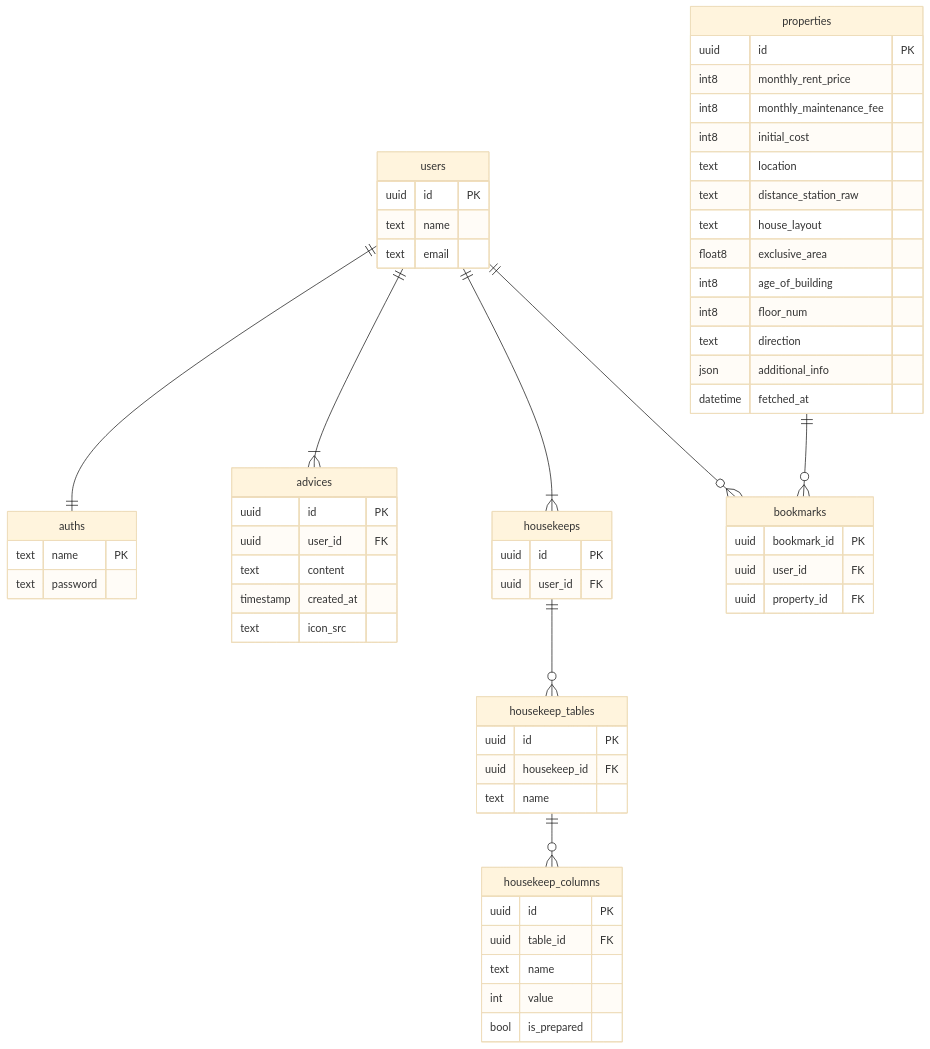
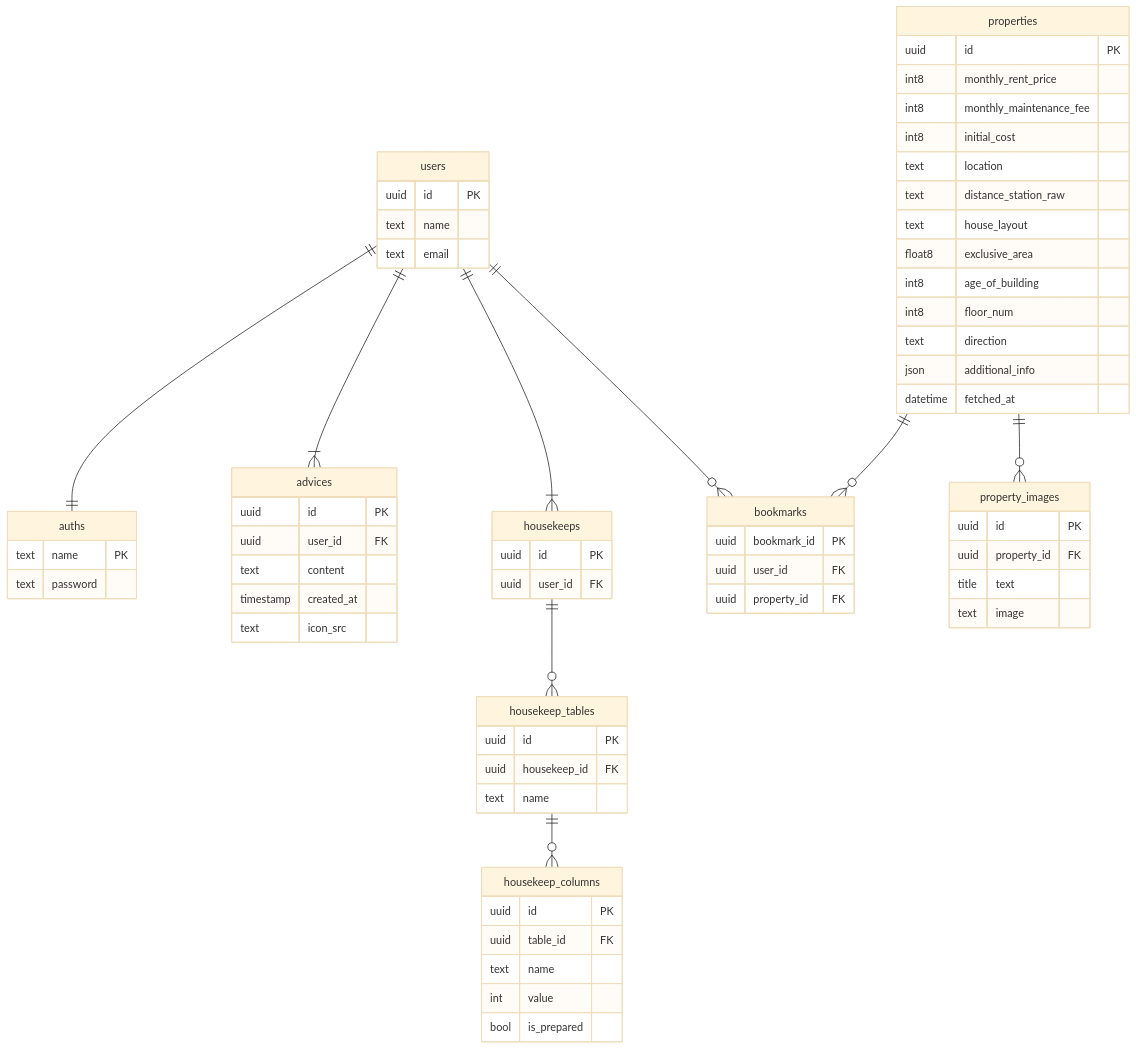
Before and after one commit to project-hikkoshiori/hikkoshiori: the diagram in docs/ER.md, drawn with Mermaid (base theme). The commit also changed 2 other files, not shown here.

Commit message:
db definition

````diff
--- a/docs/ER.md
+++ b/docs/ER.md
@@ -1,73 +1,80 @@
 ```mermaid
 erDiagram
 
     users ||--|| auths: ""
     users ||--|{ advices: ""
     users ||--|{ housekeeps: ""
     users ||--o{ bookmarks: ""
     housekeeps ||--o{ housekeep_tables: ""
     housekeep_tables ||--o{ housekeep_columns: ""
     properties ||--o{ bookmarks: ""
+    properties ||--o{ property_images: ""
 
     auths {
         text name PK
         text password
     }
 
     users {
         uuid id PK
         text name
         text email
     }
 
     advices {
         uuid id PK
         uuid user_id FK
         text content
         timestamp created_at
         text icon_src
     }
 
     housekeeps {
         uuid id PK
         uuid user_id FK
     }
 
     housekeep_tables {
         uuid id PK
         uuid housekeep_id FK
         text name
     }
 
     housekeep_columns {
         uuid id PK
         uuid table_id FK
         text name
         int value
         bool is_prepared
     }
 
 
     bookmarks{
         uuid bookmark_id PK
         uuid user_id FK
         uuid property_id FK
     }
 
     properties{
         uuid id PK
         int8 monthly_rent_price
         int8 monthly_maintenance_fee
         int8 initial_cost
         text location
         text distance_station_raw
         text house_layout
         float8 exclusive_area
         int8 age_of_building
         int8 floor_num
         text direction
         json additional_info
         datetime fetched_at
     }
-
+    
+    property_images{
+        uuid id PK
+        uuid property_id FK
+        title text
+        text image 
+    }
 ```
````
